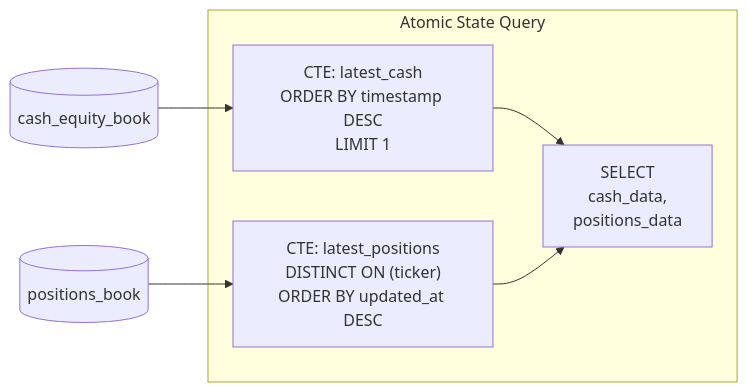
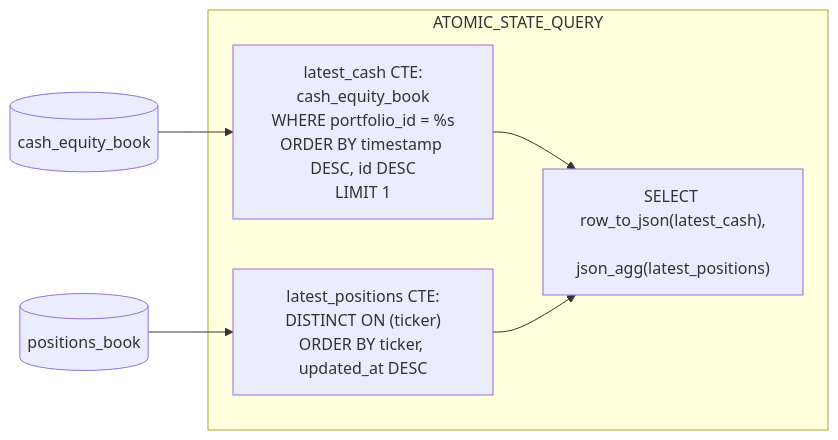
The third of 4 diagrams in docs/workflows/database-schema.md (Animalliketree/MQSMaster), drawn with Mermaid before and after one commit. The commit also changed other lines of this file and 7 other files, not shown here.

````diff
--- a/docs/workflows/database-schema.md
+++ b/docs/workflows/database-schema.md
@@ -140,13 +188,12 @@
 ```mermaid
 flowchart LR
-    subgraph Query["Atomic State Query"]
-        CTE1["CTE: latest_cash<br/>ORDER BY timestamp DESC<br/>LIMIT 1"]
-        CTE2["CTE: latest_positions<br/>DISTINCT ON (ticker)<br/>ORDER BY updated_at DESC"]
-        RESULT["SELECT<br/>cash_data,<br/>positions_data"]
+    subgraph Q["ATOMIC_STATE_QUERY"]
+        C1["latest_cash CTE:<br/>cash_equity_book<br/>WHERE portfolio_id = %s<br/>ORDER BY timestamp DESC, id DESC<br/>LIMIT 1"]
+        C2["latest_positions CTE:<br/>DISTINCT ON (ticker)<br/>ORDER BY ticker, updated_at DESC"]
+        SEL["SELECT row_to_json(latest_cash),<br/>       json_agg(latest_positions)"]
     end
-
-    CASH[(cash_equity_book)] --> CTE1
-    POS[(positions_book)] --> CTE2
-    CTE1 --> RESULT
-    CTE2 --> RESULT
+    CASH[(cash_equity_book)] --> C1
+    POS[(positions_book)]  --> C2
+    C1 --> SEL
+    C2 --> SEL
 ```
````
